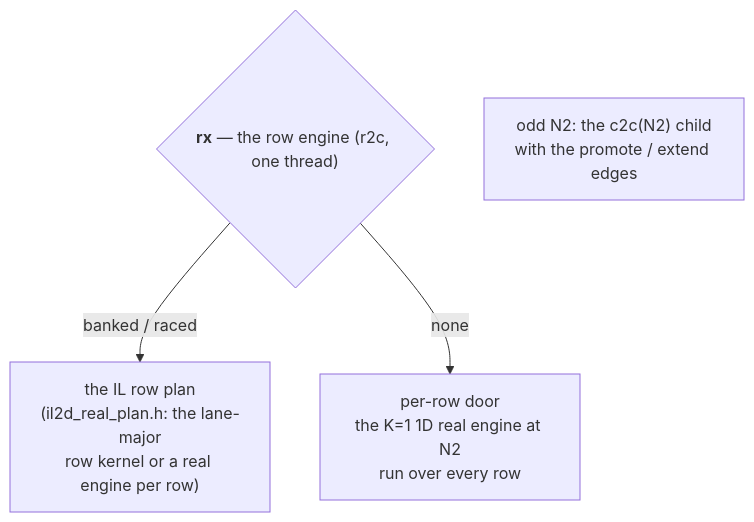
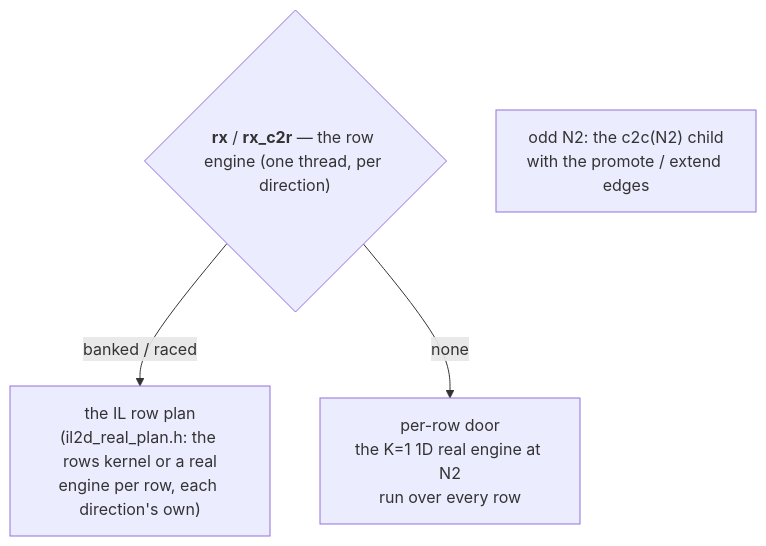
One commit to Tugbars/VectorFFT changed the ninth of 14 diagrams in docs/design/planning_model.md. Above: the diagram before and after it, drawn with Mermaid. The commit also changed 26 other files, not shown here.

````diff
--- a/docs/design/planning_model.md
+++ b/docs/design/planning_model.md
@@ -740,7 +740,7 @@
 ```mermaid
 flowchart TD
-    RX{"<b>rx</b> — the row engine (r2c, one thread)"}
-    RX -->|"banked / raced"| LM["the IL row plan<br/>(il2d_real_plan.h: the lane-major<br/>row kernel or a real engine per row)"]
+    RX{"<b>rx</b> / <b>rx_c2r</b> — the row engine (one thread, per direction)"}
+    RX -->|"banked / raced"| LM["the IL row plan<br/>(il2d_real_plan.h: the rows kernel or a real<br/>engine per row, each direction's own)"]
     RX -->|"none"| TC["per-row door<br/>the K=1 1D real engine at N2<br/>run over every row"]
     ODD["odd N2: the c2c(N2) child<br/>with the promote / extend edges"]
 ```
````
